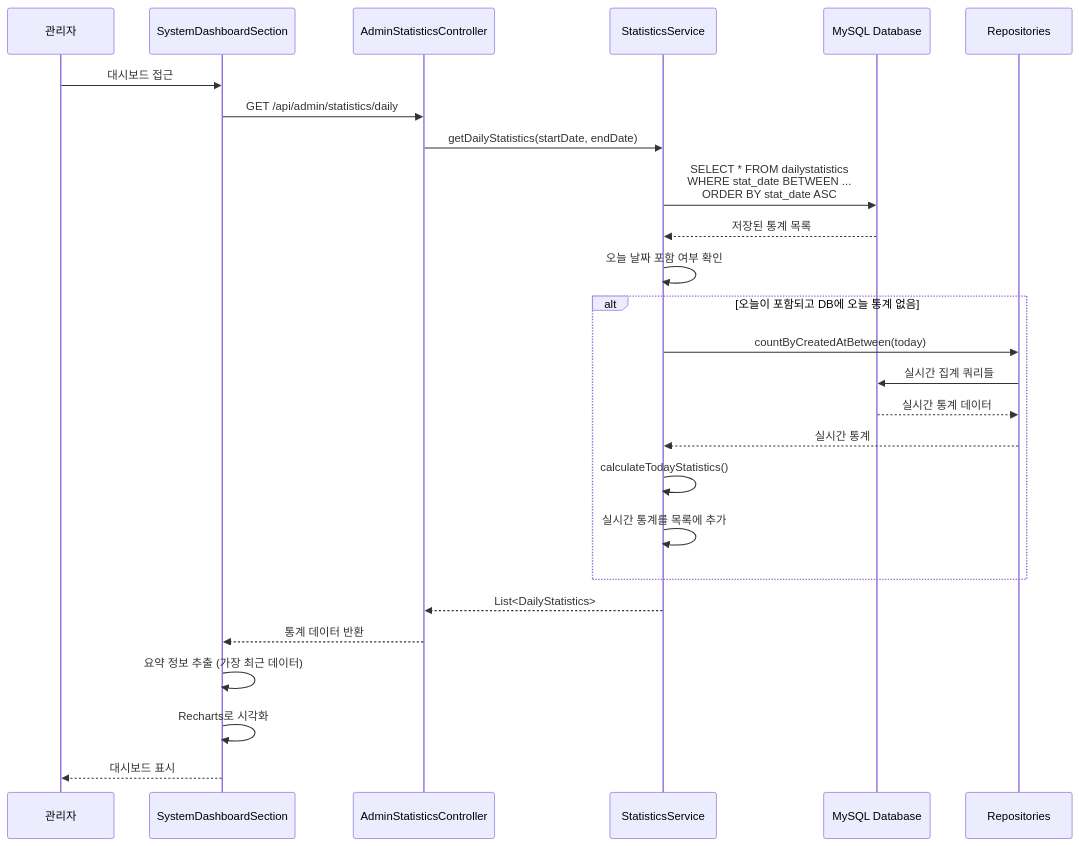
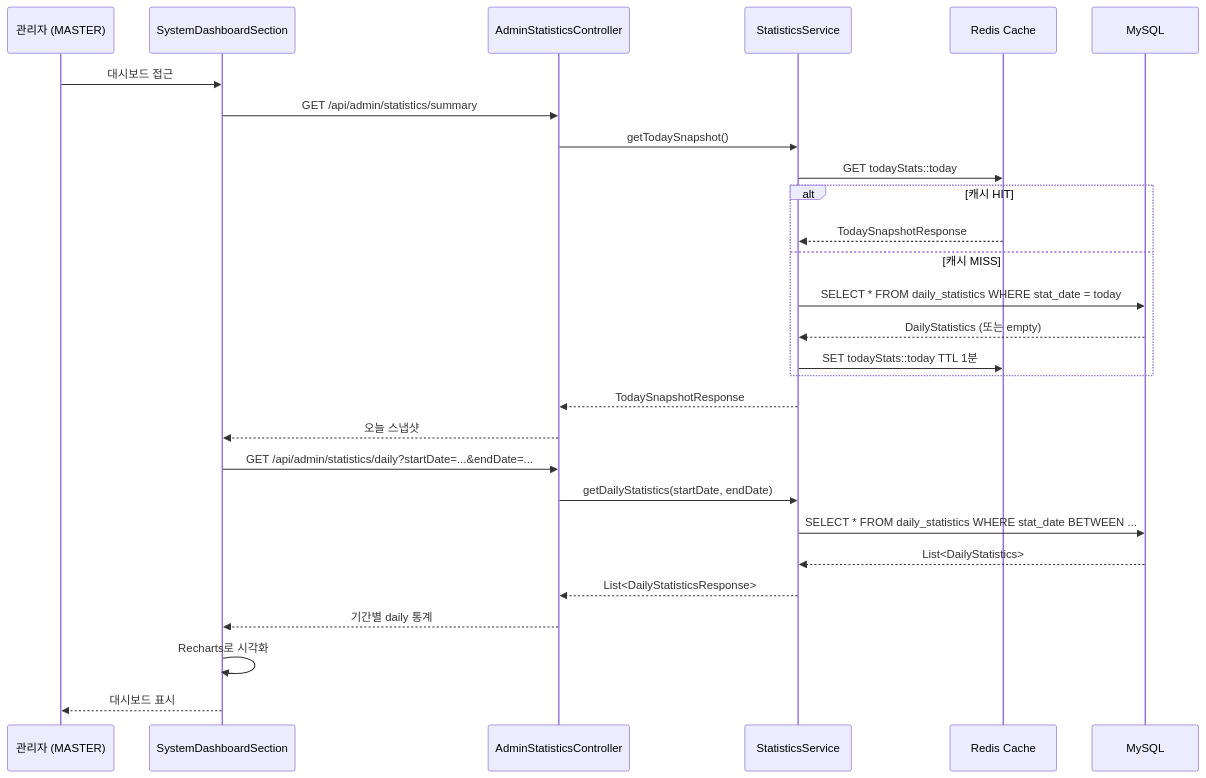
One commit to makkong1/Petory changed the fourth of 5 diagrams in docs/architecture/관리자 대시보드 & 통계 시스템 아키텍처.md. Above: the diagram before and after it, drawn with Mermaid. The commit also changed other lines of this file and 5 other files, not shown here.

````diff
--- a/docs/architecture/관리자 대시보드 & 통계 시스템 아키텍처.md
+++ b/docs/architecture/관리자 대시보드 & 통계 시스템 아키텍처.md
@@ -565,34 +370,34 @@
 ```mermaid
 sequenceDiagram
-    participant Admin as 관리자
+    participant Admin as 관리자 (MASTER)
     participant Frontend as SystemDashboardSection
     participant API as AdminStatisticsController
     participant Service as StatisticsService
-    participant MySQL as MySQL Database
-    participant Repos as Repositories
-    
+    participant Redis as Redis Cache
+    participant MySQL as MySQL
+
     Admin->>Frontend: 대시보드 접근
-    Frontend->>API: GET /api/admin/statistics/daily
+
+    Frontend->>API: GET /api/admin/statistics/summary
+    API->>Service: getTodaySnapshot()
+    Service->>Redis: GET todayStats::today
+    alt 캐시 HIT
+        Redis-->>Service: TodaySnapshotResponse
+    else 캐시 MISS
+        Service->>MySQL: SELECT * FROM daily_statistics WHERE stat_date = today
+        MySQL-->>Service: DailyStatistics (또는 empty)
+        Service->>Redis: SET todayStats::today TTL 1분
+    end
+    Service-->>API: TodaySnapshotResponse
+    API-->>Frontend: 오늘 스냅샷
+
+    Frontend->>API: GET /api/admin/statistics/daily?startDate=...&endDate=...
     API->>Service: getDailyStatistics(startDate, endDate)
-    
-    Service->>MySQL: SELECT * FROM dailystatistics<br/>WHERE stat_date BETWEEN ...<br/>ORDER BY stat_date ASC
-    MySQL-->>Service: 저장된 통계 목록
-    
-    Service->>Service: 오늘 날짜 포함 여부 확인
-    
-    alt 오늘이 포함되고 DB에 오늘 통계 없음
-        Service->>Repos: countByCreatedAtBetween(today)
-        Repos->>MySQL: 실시간 집계 쿼리들
-        MySQL-->>Repos: 실시간 통계 데이터
-        Repos-->>Service: 실시간 통계
-        Service->>Service: calculateTodayStatistics()
-        Service->>Service: 실시간 통계를 목록에 추가
-    end
-    
-    Service-->>API: List<DailyStatistics>
-    API-->>Frontend: 통계 데이터 반환
-    
-    Frontend->>Frontend: 요약 정보 추출 (가장 최근 데이터)
+    Service->>MySQL: SELECT * FROM daily_statistics WHERE stat_date BETWEEN ...
+    MySQL-->>Service: List<DailyStatistics>
+    Service-->>API: List<DailyStatisticsResponse>
+    API-->>Frontend: 기간별 daily 통계
+
     Frontend->>Frontend: Recharts로 시각화
     Frontend-->>Admin: 대시보드 표시
 ```
````
